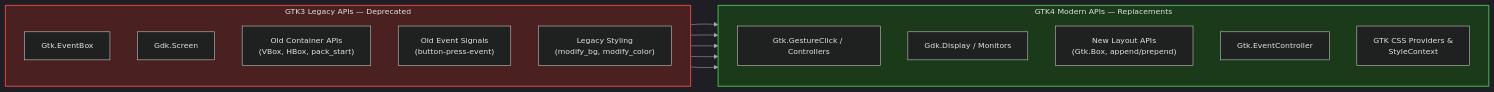
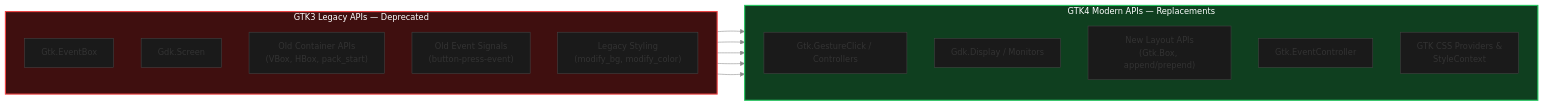
Before and after one commit to Dev10-sys/sugar-proposal-gtk: the third of 9 diagrams in proposal.md, drawn with Mermaid. The commit also changed other lines of this file, not shown here.

Commit message:
Refine diagrams: dark black background, clean white/black high contrast elements, vibrant amber accent, engineer-level architectural styling

````diff
--- a/proposal.md
+++ b/proposal.md
@@ -247,30 +247,30 @@
 ```mermaid
-%%{init: {'theme': 'dark', 'themeVariables': {'primaryColor': '#2a2a2a', 'primaryBorderColor': '#888', 'lineColor': '#aaa', 'textColor': '#e0e0e0', 'fontSize': '14px'}}}%%
+%%{init: {'theme': 'base', 'themeVariables': {'background': '#0a0a0a', 'primaryColor': '#1a1a1a', 'primaryBorderColor': '#444444', 'lineColor': '#888888', 'textColor': '#ffffff', 'fontSize': '15px'}}}%%
 flowchart LR
     subgraph Legacy ["GTK3 Legacy APIs — Deprecated"]
         direction TB
         EventBox["Gtk.EventBox"]
         GdkScreen["Gdk.Screen"]
         ContainerAPI["Old Container APIs\n(VBox, HBox, pack_start)"]
         OldSignals["Old Event Signals\n(button-press-event)"]
         ModifyBG["Legacy Styling\n(modify_bg, modify_color)"]
     end
 
     subgraph Modern ["GTK4 Modern APIs — Replacements"]
         direction TB
         GestureController["Gtk.GestureClick / Controllers"]
         GdkDisplay["Gdk.Display / Monitors"]
         NewLayoutAPI["New Layout APIs\n(Gtk.Box, append/prepend)"]
         EventControllers["Gtk.EventController"]
         CSSStyling["GTK CSS Providers &\nStyleContext"]
     end
 
     EventBox --> GestureController
     GdkScreen --> GdkDisplay
     ContainerAPI --> NewLayoutAPI
     OldSignals --> EventControllers
     ModifyBG --> CSSStyling
 
-    style Legacy fill:#4a2020,stroke:#c44,stroke-width:2px,color:#e0e0e0
-    style Modern fill:#1a3a1a,stroke:#4a4,stroke-width:2px,color:#e0e0e0
+    style Legacy fill:#3f0f0f,stroke:#ef4444,stroke-width:2px,color:#ffffff
+    style Modern fill:#0f3f1f,stroke:#22c55e,stroke-width:2px,color:#ffffff
 ```
````
